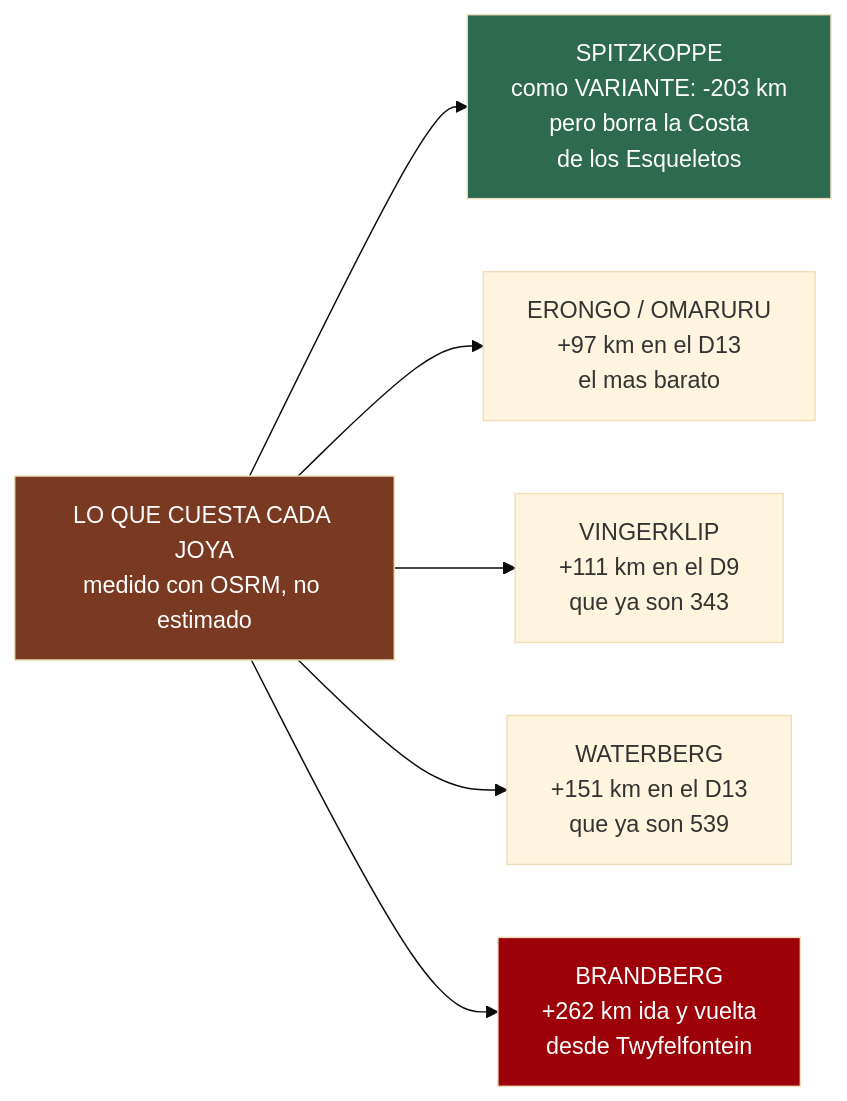
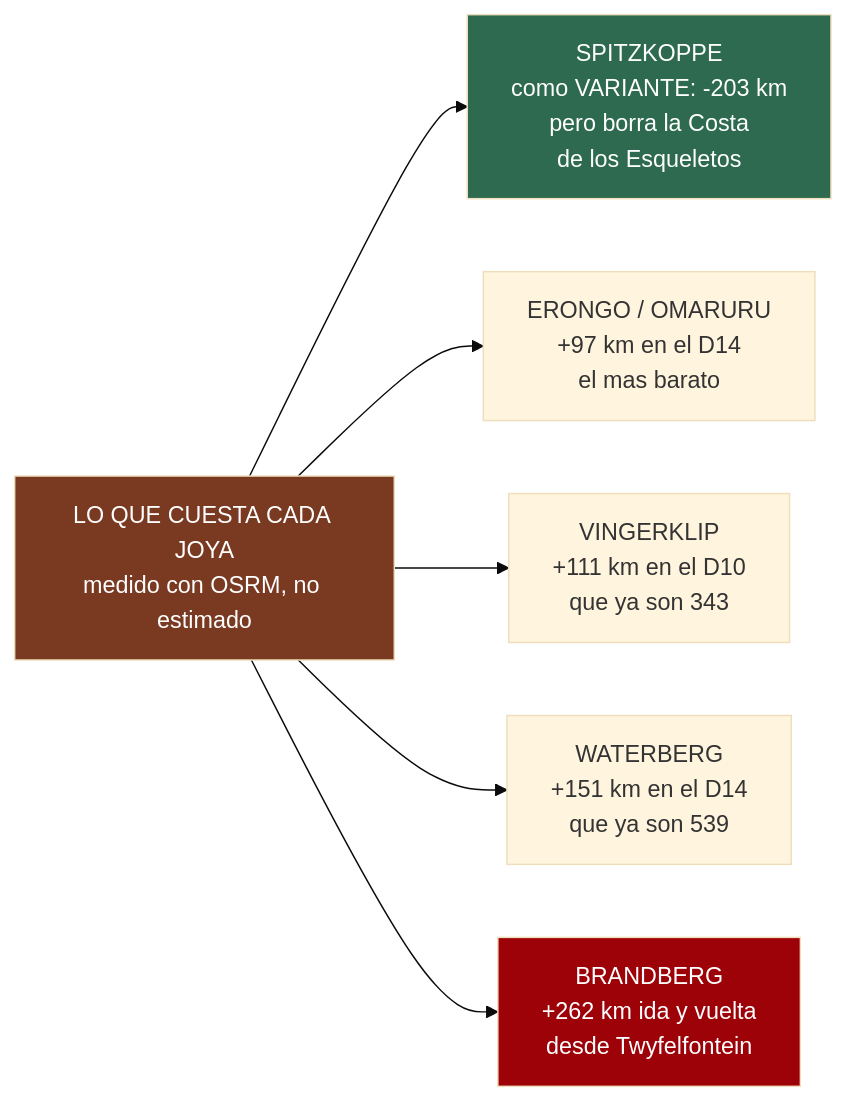
Before and after one commit to morandeirachema/namibia: the first of 2 diagrams in 23-desvios-que-valen-la-pena.md, drawn with Mermaid (base theme). The commit also changed other lines of this file and 54 other files, not shown here.

````diff
--- a/23-desvios-que-valen-la-pena.md
+++ b/23-desvios-que-valen-la-pena.md
@@ -42,18 +42,18 @@
 ```mermaid
 flowchart LR
 %% ancho
     T["LO QUE CUESTA CADA JOYA<br/>medido con OSRM, no estimado"]
     A["SPITZKOPPE<br/>como VARIANTE: -203 km<br/>pero borra la Costa<br/>de los Esqueletos"]
-    B["VINGERKLIP<br/>+111 km en el D9<br/>que ya son 343"]
-    C["WATERBERG<br/>+151 km en el D13<br/>que ya son 539"]
-    D["ERONGO / OMARURU<br/>+97 km en el D13<br/>el mas barato"]
+    B["VINGERKLIP<br/>+111 km en el D10<br/>que ya son 343"]
+    C["WATERBERG<br/>+151 km en el D14<br/>que ya son 539"]
+    D["ERONGO / OMARURU<br/>+97 km en el D14<br/>el mas barato"]
     E["BRANDBERG<br/>+262 km ida y vuelta<br/>desde Twyfelfontein"]
     T --> A
     T --> D
     T --> B
     T --> C
     T --> E
     style T fill:#7a3a22,color:#fff
     style A fill:#2d6a4f,color:#fff
     style E fill:#9d0208,color:#fff
 ```
````
